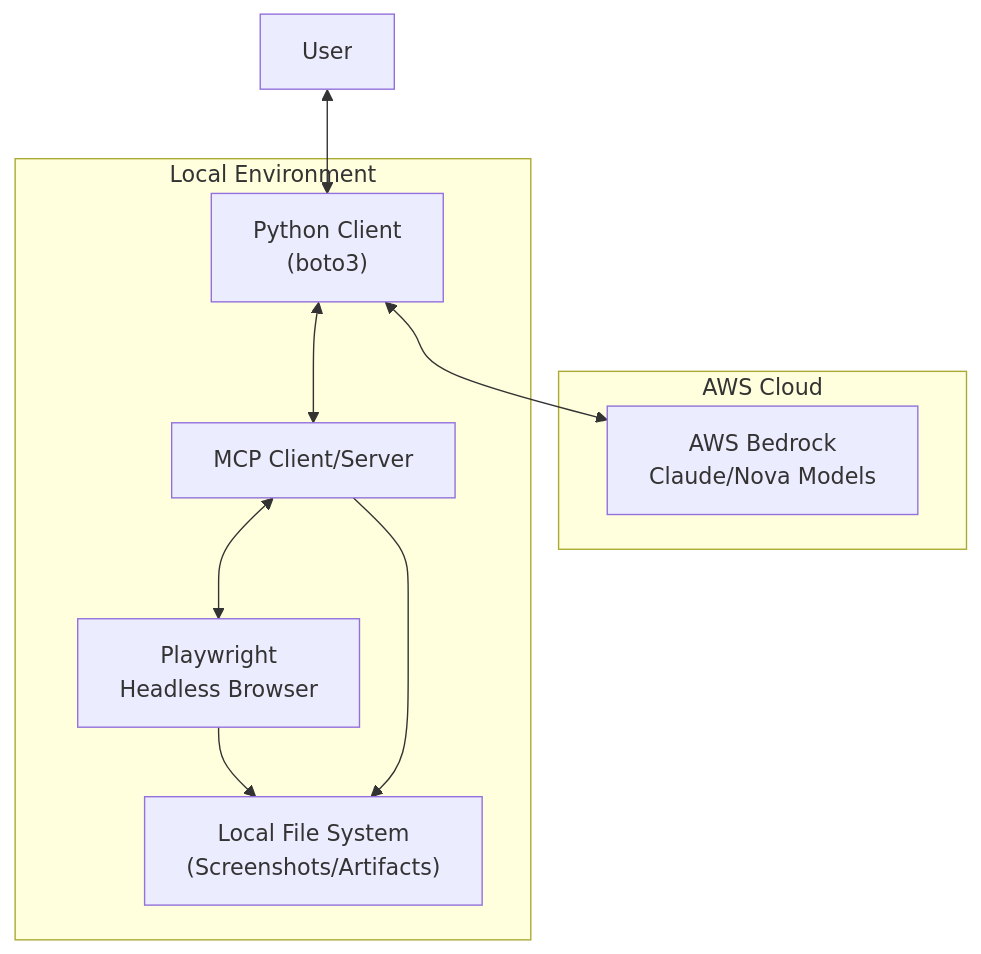
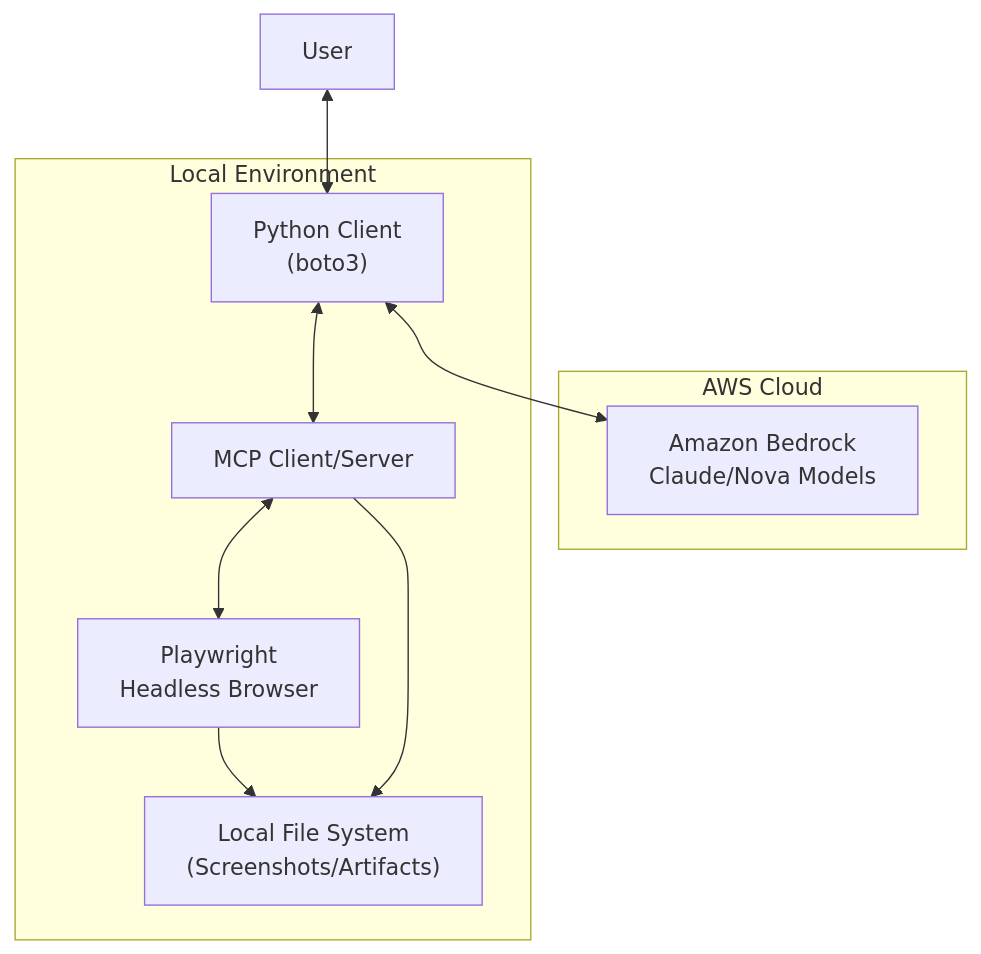
One commit to aws-samples/sample-agentic-ai-web changed the first of 2 diagrams in Python/threat-model-analysis.md. Above: the diagram before and after it, drawn with Mermaid. The commit also changed other lines of this file and 24 other files, not shown here.

````diff
--- a/Python/threat-model-analysis.md
+++ b/Python/threat-model-analysis.md
@@ -46,21 +46,21 @@
 ```mermaid
 flowchart TB
     subgraph "AWS Cloud"
-        Bedrock["AWS Bedrock\nClaude/Nova Models"]
+        Bedrock["Amazon Bedrock\nClaude/Nova Models"]
     end
     
     subgraph "Local Environment"
         Client["Python Client\n(boto3)"]
         MCP["MCP Client/Server"]
         Browser["Playwright\nHeadless Browser"]
         FileSystem["Local File System\n(Screenshots/Artifacts)"]
         
         Client <--> Bedrock
         Client <--> MCP
         MCP <--> Browser
         Browser --> FileSystem
         MCP --> FileSystem
     end
     
     User["User"] <--> Client
 ```
````
